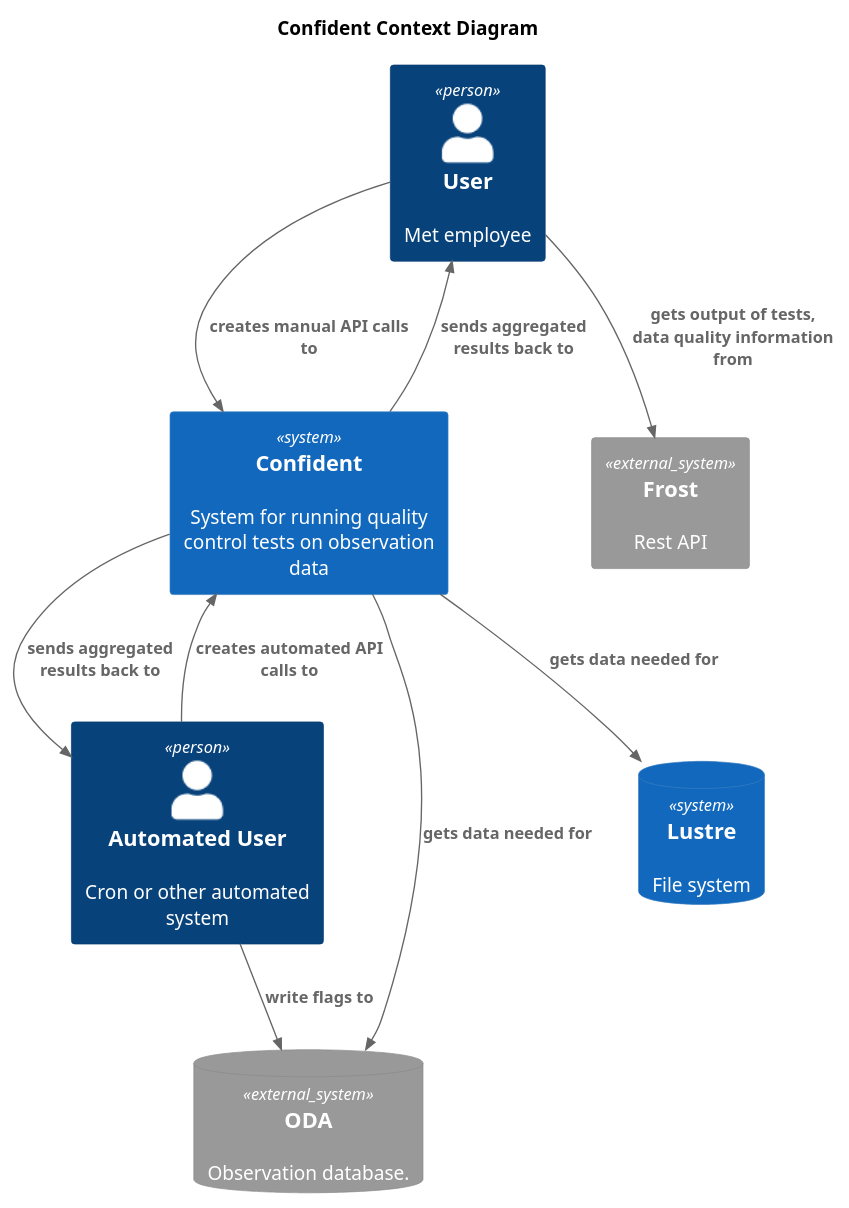
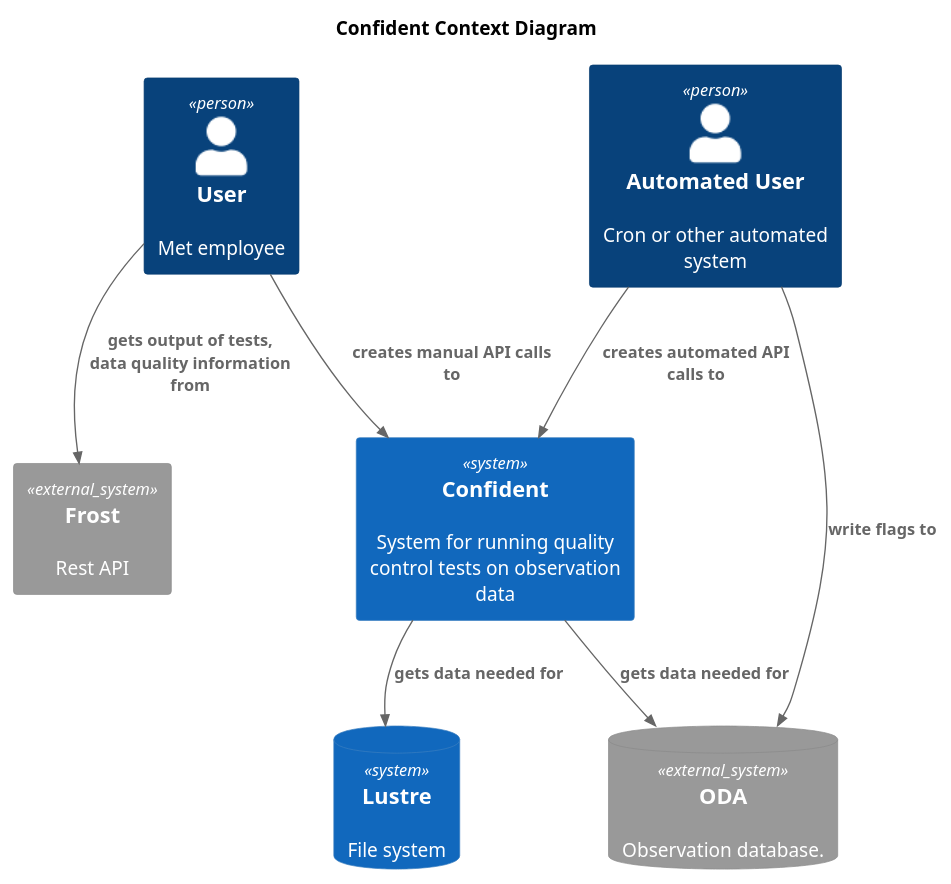
The diagram in docs/C4_context.puml (metno/rove), drawn with PlantUML before and after one commit. The commit also changed 3 other files, not shown here.

Commit message:
simplify c4 diagrams

```diff
--- a/docs/C4_context.puml
+++ b/docs/C4_context.puml
@@ -1,27 +1,25 @@
 @startuml Confident_Context
 !include https://raw.githubusercontent.com/plantuml-stdlib/C4-PlantUML/master/C4_Container.puml
 
 LAYOUT_TOP_DOWN()
 
 title
   Confident Context Diagram
 end title 
 
 Person(user, "User", "Met employee")
 Person(automated_user, "Automated User", "Cron or other automated system")
 
 System(confident, "Confident", "System for running quality control tests on observation data")
 System_Ext(frost, "Frost", "Rest API")
 SystemDb_Ext(oda, "ODA", "Observation database.")
 SystemDb(lustre, "Lustre", "File system")
 
 Rel(user, confident, "creates manual API calls to")
-Rel(confident, user, "sends aggregated results back to")
 Rel(automated_user, confident, "creates automated API calls to")
-Rel(confident, automated_user, "sends aggregated results back to")
 
 Rel(confident, oda, "gets data needed for")
 Rel(automated_user, oda, "write flags to")
 Rel(confident, lustre, "gets data needed for")
 Rel(user, frost, "gets output of tests, data quality information from")
 @enduml
```
